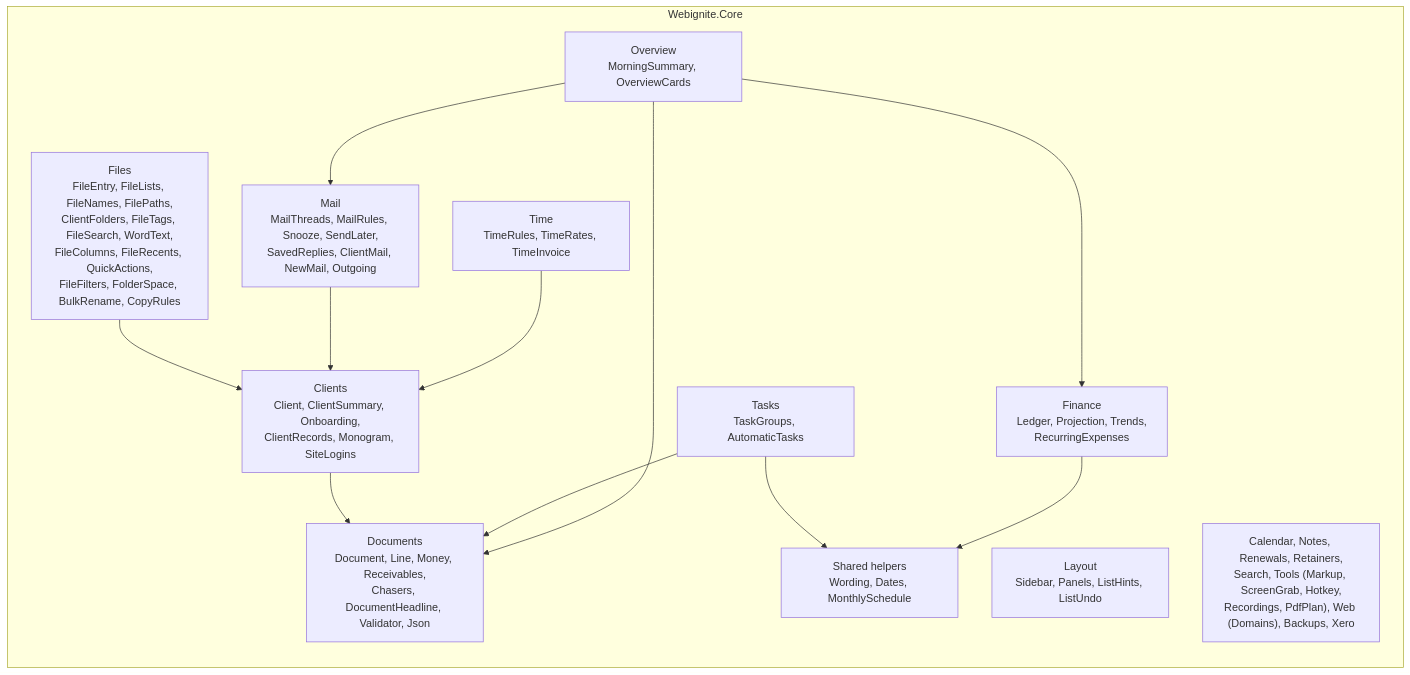
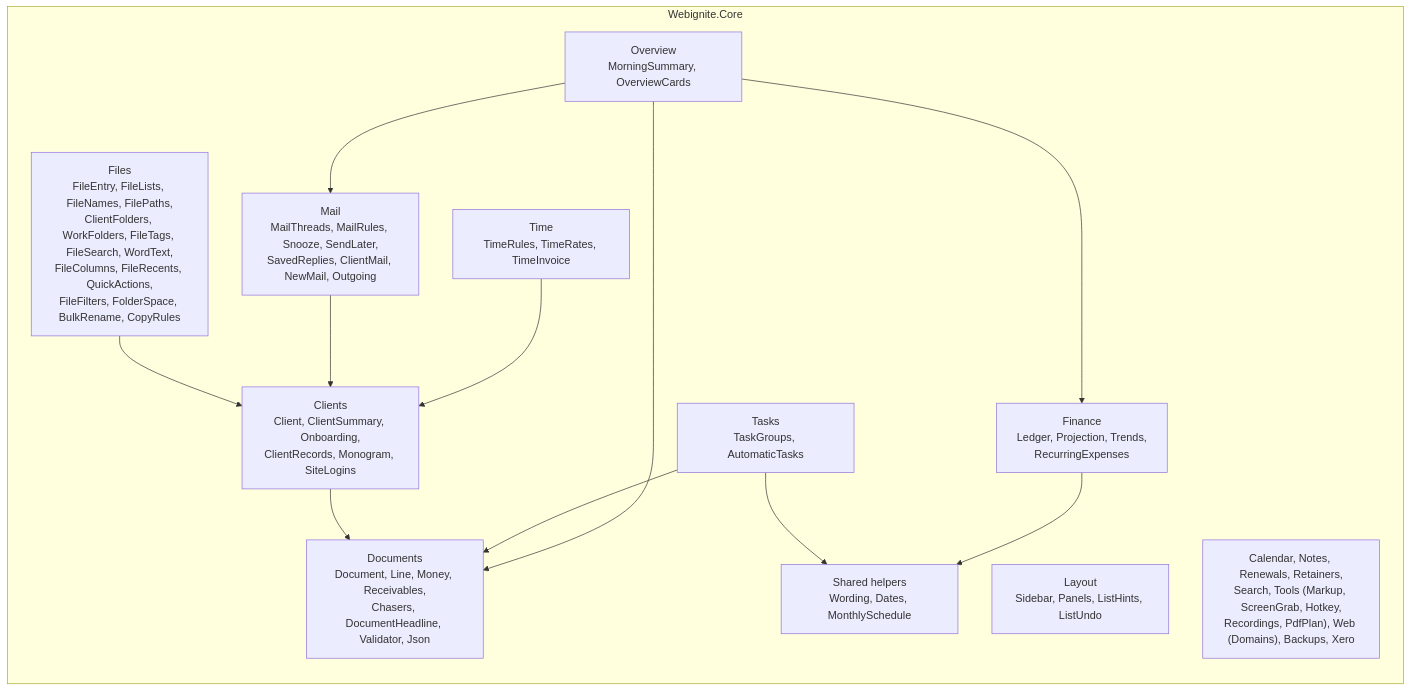
Before and after one commit to EdWebIgnite/Webignite-Desktop: the fourth of 9 diagrams in docs/architecture.md, drawn with Mermaid. The commit also changed other lines of this file and 20 other files, not shown here.

````diff
--- a/docs/architecture.md
+++ b/docs/architecture.md
@@ -122,26 +122,26 @@
 ```mermaid
 flowchart LR
     subgraph core["Webignite.Core"]
         documents["Documents<br/>Document, Line, Money, Receivables,<br/>Chasers, DocumentHeadline, Validator, Json"]
         clients["Clients<br/>Client, ClientSummary, Onboarding,<br/>ClientRecords, Monogram, SiteLogins"]
         mailc["Mail<br/>MailThreads, MailRules, Snooze, SendLater,<br/>SavedReplies, ClientMail, NewMail, Outgoing"]
         finance["Finance<br/>Ledger, Projection, Trends,<br/>RecurringExpenses"]
         time["Time<br/>TimeRules, TimeRates, TimeInvoice"]
         tasks["Tasks<br/>TaskGroups, AutomaticTasks"]
         overview["Overview<br/>MorningSummary, OverviewCards"]
         layout["Layout<br/>Sidebar, Panels, ListHints, ListUndo"]
         shared["Shared helpers<br/>Wording, Dates, MonthlySchedule"]
-        files["Files<br/>FileEntry, FileLists, FileNames, FilePaths,<br/>ClientFolders, FileTags, FileSearch, WordText,<br/>FileColumns, FileRecents, QuickActions,<br/>FileFilters, FolderSpace, BulkRename, CopyRules"]
+        files["Files<br/>FileEntry, FileLists, FileNames, FilePaths,<br/>ClientFolders, WorkFolders, FileTags, FileSearch, WordText,<br/>FileColumns, FileRecents, QuickActions,<br/>FileFilters, FolderSpace, BulkRename, CopyRules"]
         other["Calendar, Notes, Renewals, Retainers,<br/>Search, Tools (Markup, ScreenGrab, Hotkey,<br/>Recordings, PdfPlan), Web (Domains), Backups, Xero"]
     end
     overview --> documents
     overview --> finance
     overview --> mailc
     tasks --> documents
     clients --> documents
     time --> clients
     mailc --> clients
     files --> clients
     finance --> shared
     tasks --> shared
 ```
````
